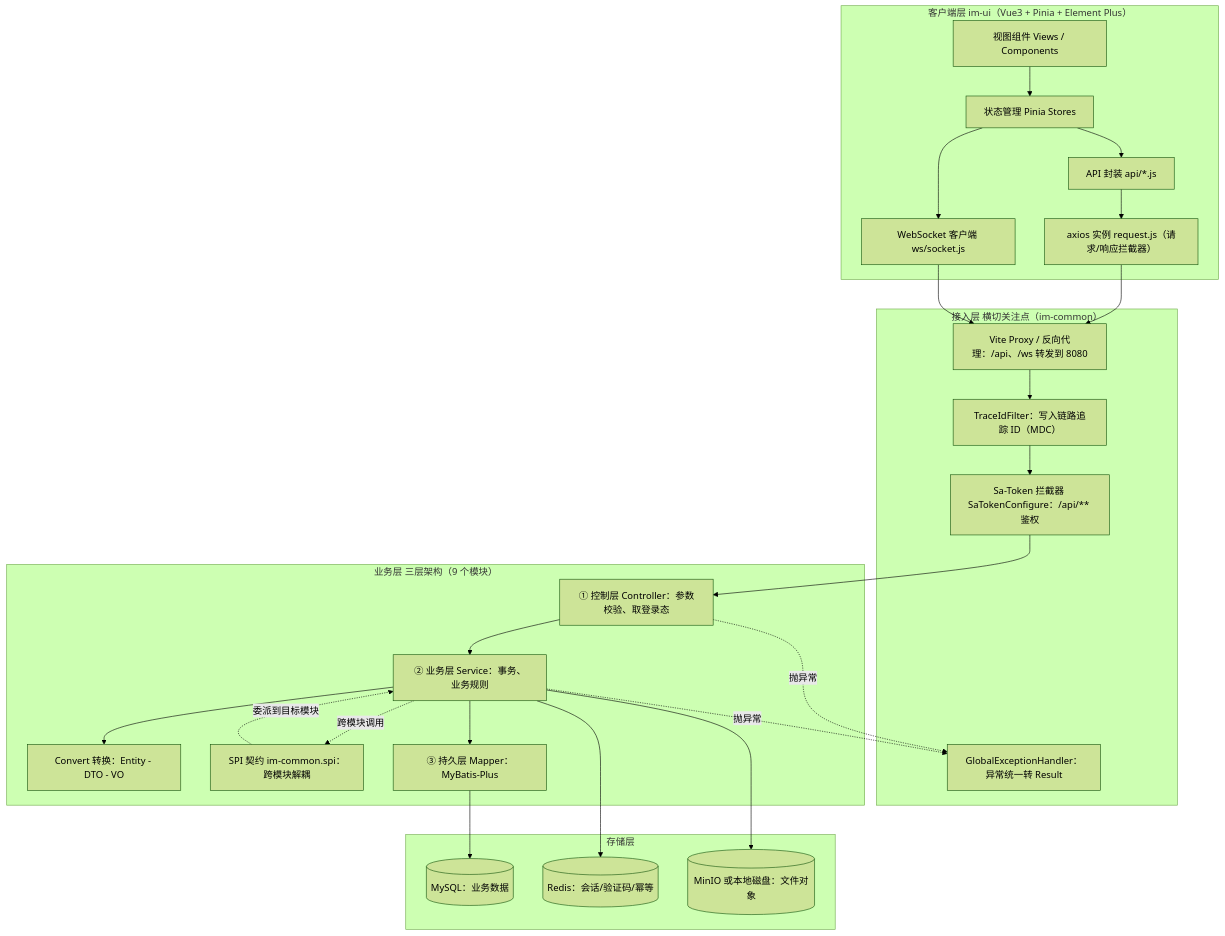
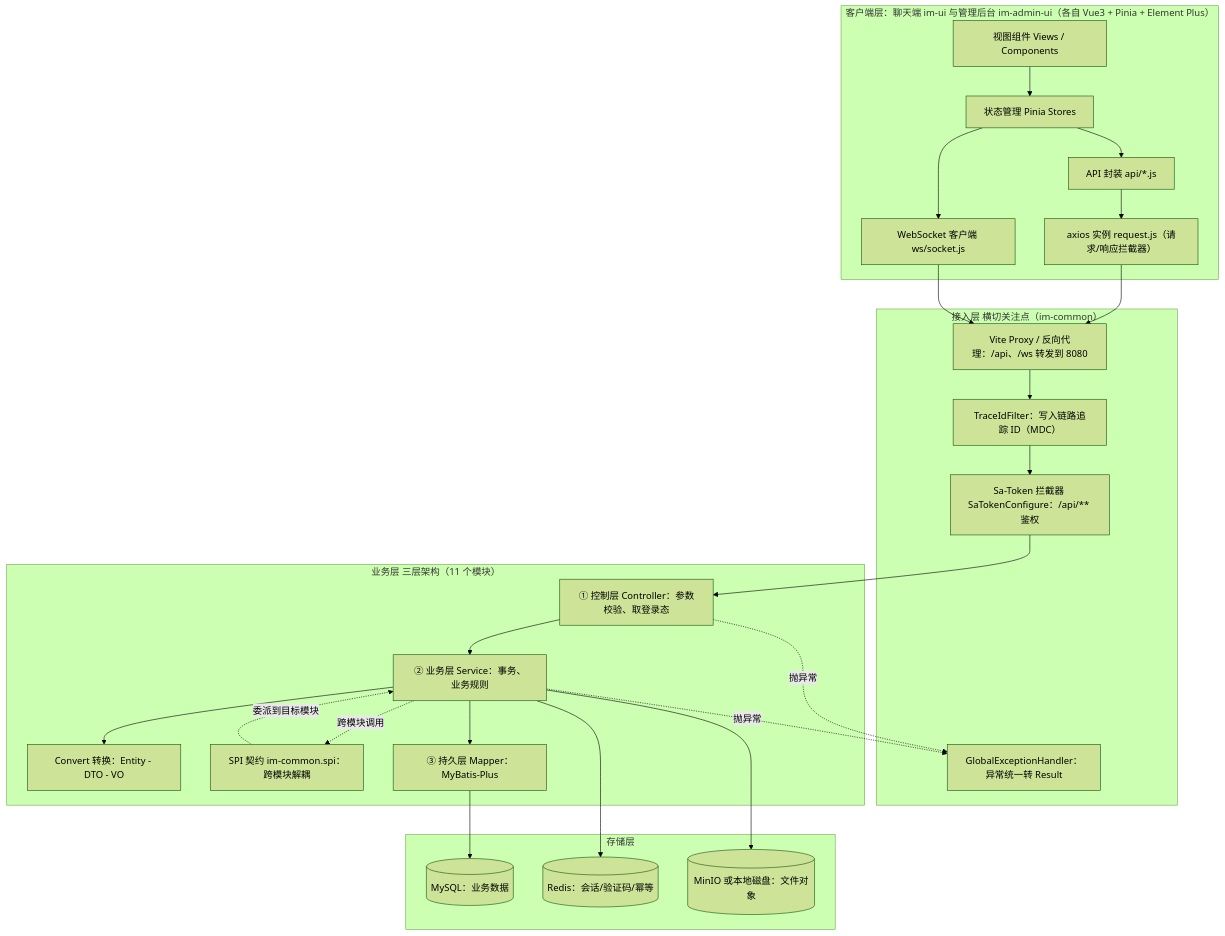
One commit to zhuxiaoyi412826/Veytalk changed the first of 16 diagrams in md/架构与请求链路图.md. Above: the diagram before and after it, drawn with Mermaid (forest theme). The commit also changed other lines of this file and 213 other files, not shown here.

````diff
--- a/md/架构与请求链路图.md
+++ b/md/架构与请求链路图.md
@@ -30,48 +36,48 @@
 ```mermaid
 graph TD
-    subgraph L0["客户端层 im-ui（Vue3 + Pinia + Element Plus）"]
+    subgraph L0["客户端层：聊天端 im-ui 与管理后台 im-admin-ui（各自 Vue3 + Pinia + Element Plus）"]
         VIEW["视图组件 Views / Components"]
         STORE["状态管理 Pinia Stores"]
         API["API 封装 api/*.js"]
         AXIOS["axios 实例 request.js（请求/响应拦截器）"]
         SOCK["WebSocket 客户端 ws/socket.js"]
     end
 
     subgraph L1["接入层 横切关注点（im-common）"]
         PROXY["Vite Proxy / 反向代理：/api、/ws 转发到 8080"]
         TRACE["TraceIdFilter：写入链路追踪 ID（MDC）"]
         AUTHT["Sa-Token 拦截器 SaTokenConfigure：/api/** 鉴权"]
         EXH["GlobalExceptionHandler：异常统一转 Result"]
     end
 
-    subgraph L2["业务层 三层架构（9 个模块）"]
+    subgraph L2["业务层 三层架构（11 个模块）"]
         CTRL["① 控制层 Controller：参数校验、取登录态"]
         SVC["② 业务层 Service：事务、业务规则"]
         CONV["Convert 转换：Entity - DTO - VO"]
         SPIC["SPI 契约 im-common.spi：跨模块解耦"]
         MAP["③ 持久层 Mapper：MyBatis-Plus"]
     end
 
     subgraph L3["存储层"]
         MYSQL[("MySQL：业务数据")]
         REDIS[("Redis：会话/验证码/幂等")]
         MINIO[("MinIO 或本地磁盘：文件对象")]
     end
 
     VIEW --> STORE
     STORE --> API --> AXIOS
     STORE --> SOCK
     AXIOS --> PROXY
     SOCK --> PROXY
     PROXY --> TRACE --> AUTHT --> CTRL
     CTRL --> SVC
     SVC --> CONV
     SVC --> MAP
     SVC -.跨模块调用.-> SPIC
     SPIC -.委派到目标模块.-> SVC
     MAP --> MYSQL
     SVC --> REDIS
     SVC --> MINIO
     CTRL -.抛异常.-> EXH
     SVC -.抛异常.-> EXH
 ```
````
